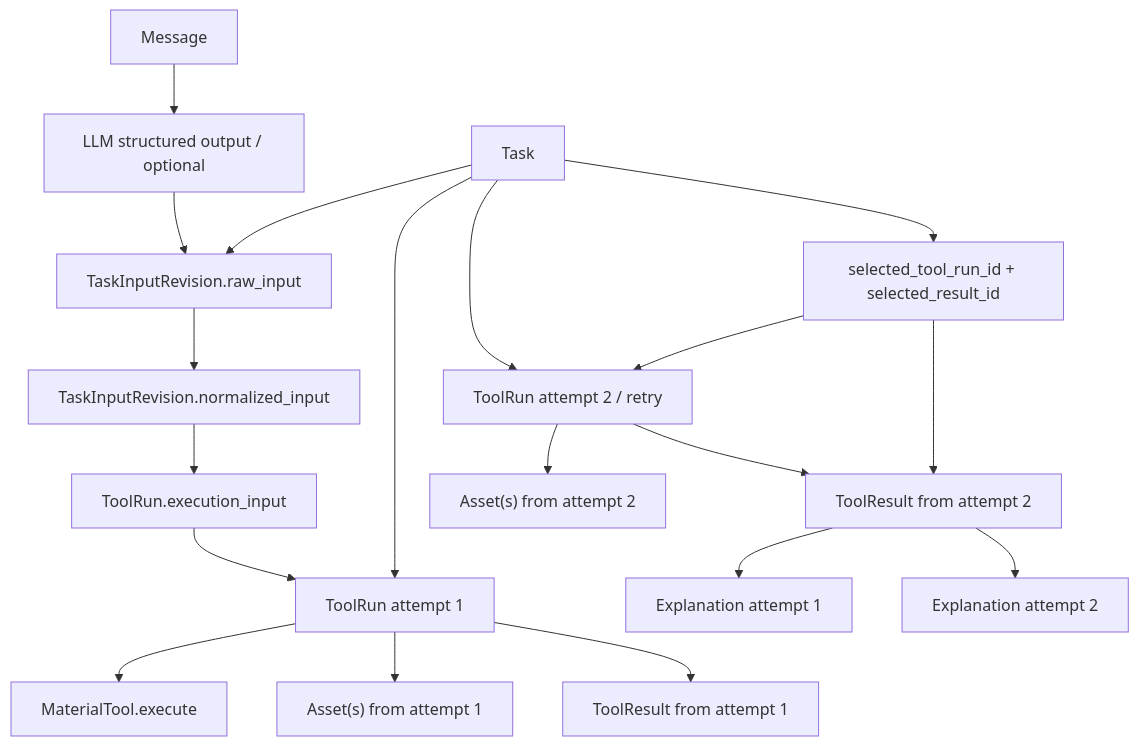
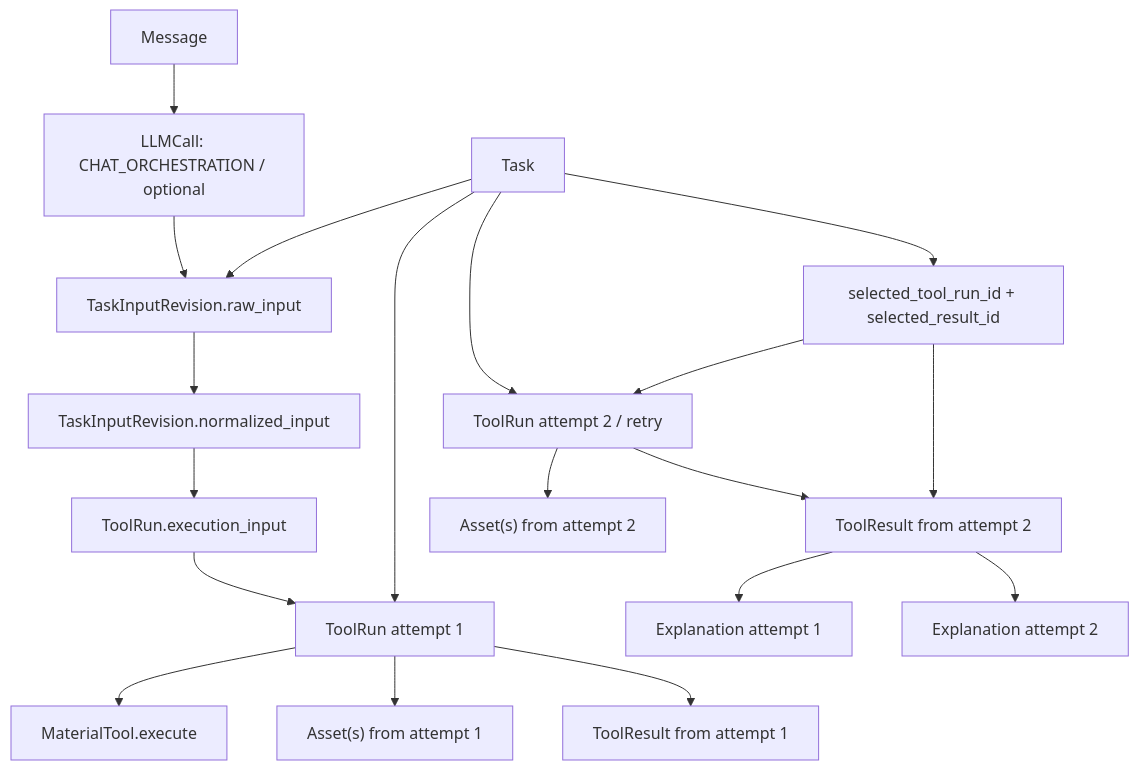
One commit to hajidie/materials-agent changed the third of 4 diagrams in docs/superpowers/specs/2026-07-16-sem-mvp-stage-0-core-data-model-logical-database-design.md. Above: the diagram before and after it, drawn with Mermaid. The commit also changed other lines of this file and 4 other files, not shown here.

```diff
--- a/docs/superpowers/specs/2026-07-16-sem-mvp-stage-0-core-data-model-logical-database-design.md
+++ b/docs/superpowers/specs/2026-07-16-sem-mvp-stage-0-core-data-model-logical-database-design.md
@@ -183,21 +237,21 @@
 ~~~mermaid
 flowchart TD
-    M["Message"] --> I["LLM structured output / optional"]
+    M["Message"] --> I["LLMCall: CHAT_ORCHESTRATION / optional"]
     I --> R1["TaskInputRevision.raw_input"]
     R1 --> R2["TaskInputRevision.normalized_input"]
     R2 --> E["ToolRun.execution_input"]
     E --> TR1["ToolRun attempt 1"]
     TR1 --> MT["MaterialTool.execute"]
     T["Task"] --> R1
     T --> TR1
     T --> TR2["ToolRun attempt 2 / retry"]
     TR1 --> A1["Asset(s) from attempt 1"]
     TR1 --> O1["ToolResult from attempt 1"]
     TR2 --> A2["Asset(s) from attempt 2"]
     TR2 --> O2["ToolResult from attempt 2"]
     O2 --> E1["Explanation attempt 1"]
     O2 --> E2["Explanation attempt 2"]
     T --> S["selected_tool_run_id + selected_result_id"]
     S --> TR2
     S --> O2
 ~~~
```
